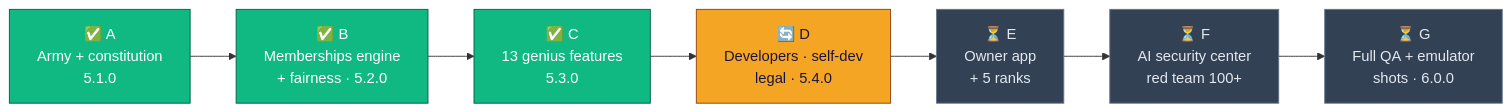
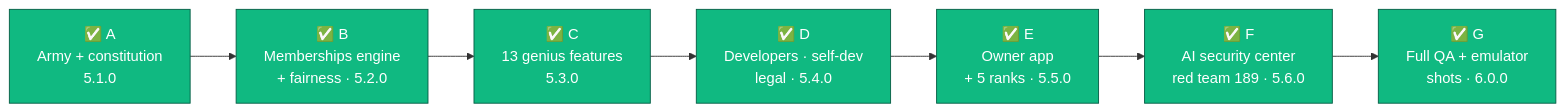
The third of 3 diagrams in README.md (FY881/sanad-ci), drawn with Mermaid before and after one commit. The commit also changed other lines of this file and 33 other files, not shown here.

````diff
--- a/README.md
+++ b/README.md
@@ -336,7 +485,7 @@
 ```mermaid
 flowchart LR
-  A["✅ A<br/>Army + constitution<br/>5.1.0"]:::done --> B["✅ B<br/>Memberships engine<br/>+ fairness · 5.2.0"]:::done --> C["✅ C<br/>13 genius features<br/>5.3.0"]:::done --> D["🔄 D<br/>Developers · self-dev<br/>legal · 5.4.0"]:::wip --> E["⏳ E<br/>Owner app<br/>+ 5 ranks"]:::todo --> F["⏳ F<br/>AI security center<br/>red team 100+"]:::todo --> G["⏳ G<br/>Full QA + emulator<br/>shots · 6.0.0"]:::todo
+  A["✅ A<br/>Army + constitution<br/>5.1.0"]:::done --> B["✅ B<br/>Memberships engine<br/>+ fairness · 5.2.0"]:::done --> C["✅ C<br/>13 genius features<br/>5.3.0"]:::done --> D["✅ D<br/>Developers · self-dev<br/>legal · 5.4.0"]:::done --> E["✅ E<br/>Owner app<br/>+ 5 ranks · 5.5.0"]:::done --> F["✅ F<br/>AI security center<br/>red team 189 · 5.6.0"]:::done --> G["✅ G<br/>Full QA + emulator<br/>shots · 6.0.0"]:::done
   classDef done fill:#10b981,stroke:#065f46,color:#fff
   classDef wip fill:#f5a524,stroke:#92400e,color:#1a1446
   classDef todo fill:#334155,stroke:#64748b,color:#e2e8f0
 ```
````
